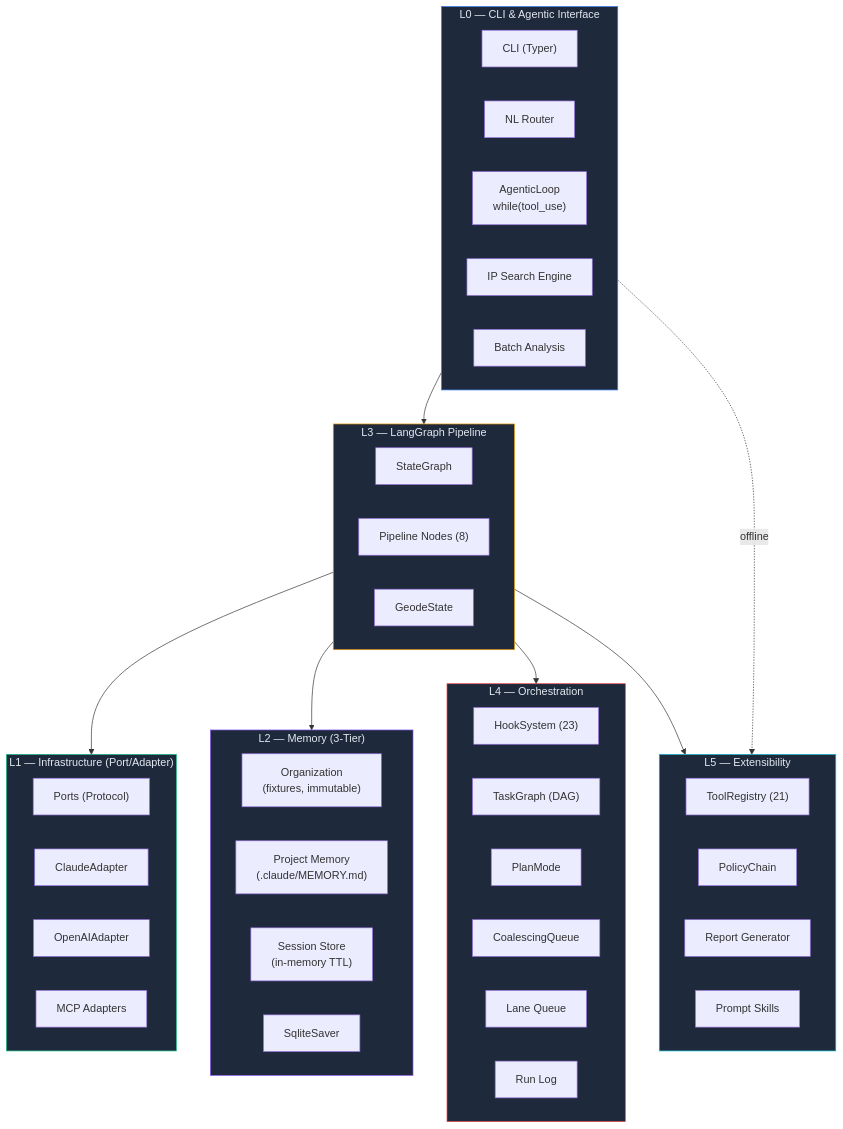
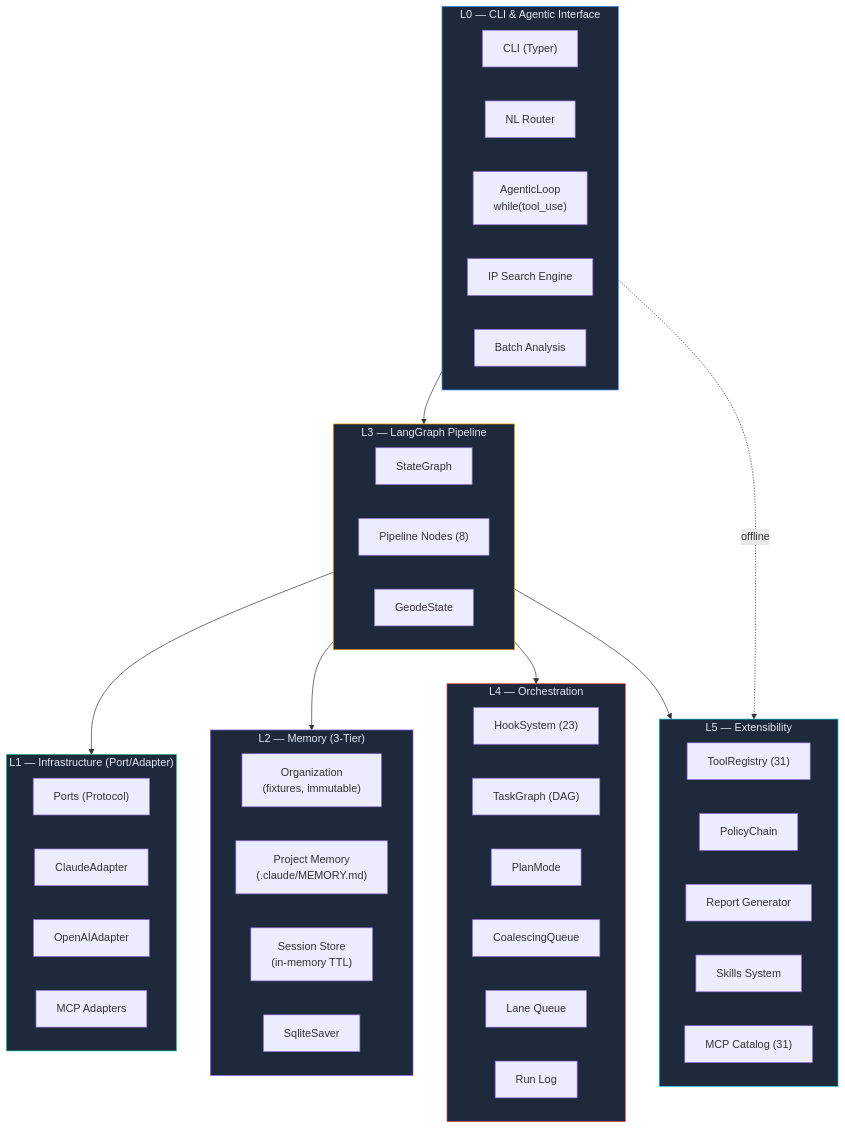
Before and after one commit to mangowhoiscloud/geode: the first of 12 diagrams in README.md, drawn with Mermaid. The commit also changed other lines of this file and 13 other files, not shown here.

````diff
--- a/README.md
+++ b/README.md
@@ -50,61 +53,62 @@
 ```mermaid
 graph TB
     subgraph L0["L0 — CLI & Agentic Interface"]
         CLI["CLI (Typer)"]
         NLR["NL Router"]
         AL["AgenticLoop<br/>while(tool_use)"]
         Search["IP Search Engine"]
         Batch["Batch Analysis"]
     end
 
     subgraph L1["L1 — Infrastructure (Port/Adapter)"]
         direction LR
         Ports["Ports (Protocol)"]
         Claude["ClaudeAdapter"]
         OpenAI["OpenAIAdapter"]
         MCP["MCP Adapters"]
     end
 
     subgraph L2["L2 — Memory (3-Tier)"]
         Org["Organization<br/>(fixtures, immutable)"]
         Project["Project Memory<br/>(.claude/MEMORY.md)"]
         Session["Session Store<br/>(in-memory TTL)"]
         Checkpoint["SqliteSaver"]
     end
 
     subgraph L3["L3 — LangGraph Pipeline"]
         Graph["StateGraph"]
         Nodes["Pipeline Nodes (8)"]
         State["GeodeState"]
     end
 
     subgraph L4["L4 — Orchestration"]
         Hooks["HookSystem (23)"]
         Tasks["TaskGraph (DAG)"]
         Plan["PlanMode"]
         Coal["CoalescingQueue"]
         Lanes["Lane Queue"]
         RunLog["Run Log"]
     end
 
     subgraph L5["L5 — Extensibility"]
-        Tools["ToolRegistry (21)"]
+        Tools["ToolRegistry (31)"]
         Policy["PolicyChain"]
         Reports["Report Generator"]
-        Templates["Prompt Skills"]
+        Skills["Skills System"]
+        MCPCat["MCP Catalog (31)"]
     end
 
     L0 --> L3
     L3 --> L1
     L3 --> L2
     L3 --> L4
     L3 --> L5
     L0 -.->|"offline"| L5
 
     style L0 fill:#1e293b,stroke:#3b82f6,color:#e2e8f0
     style L1 fill:#1e293b,stroke:#10b981,color:#e2e8f0
     style L2 fill:#1e293b,stroke:#8b5cf6,color:#e2e8f0
     style L3 fill:#1e293b,stroke:#f59e0b,color:#e2e8f0
     style L4 fill:#1e293b,stroke:#ef4444,color:#e2e8f0
     style L5 fill:#1e293b,stroke:#06b6d4,color:#e2e8f0
 ```
````
